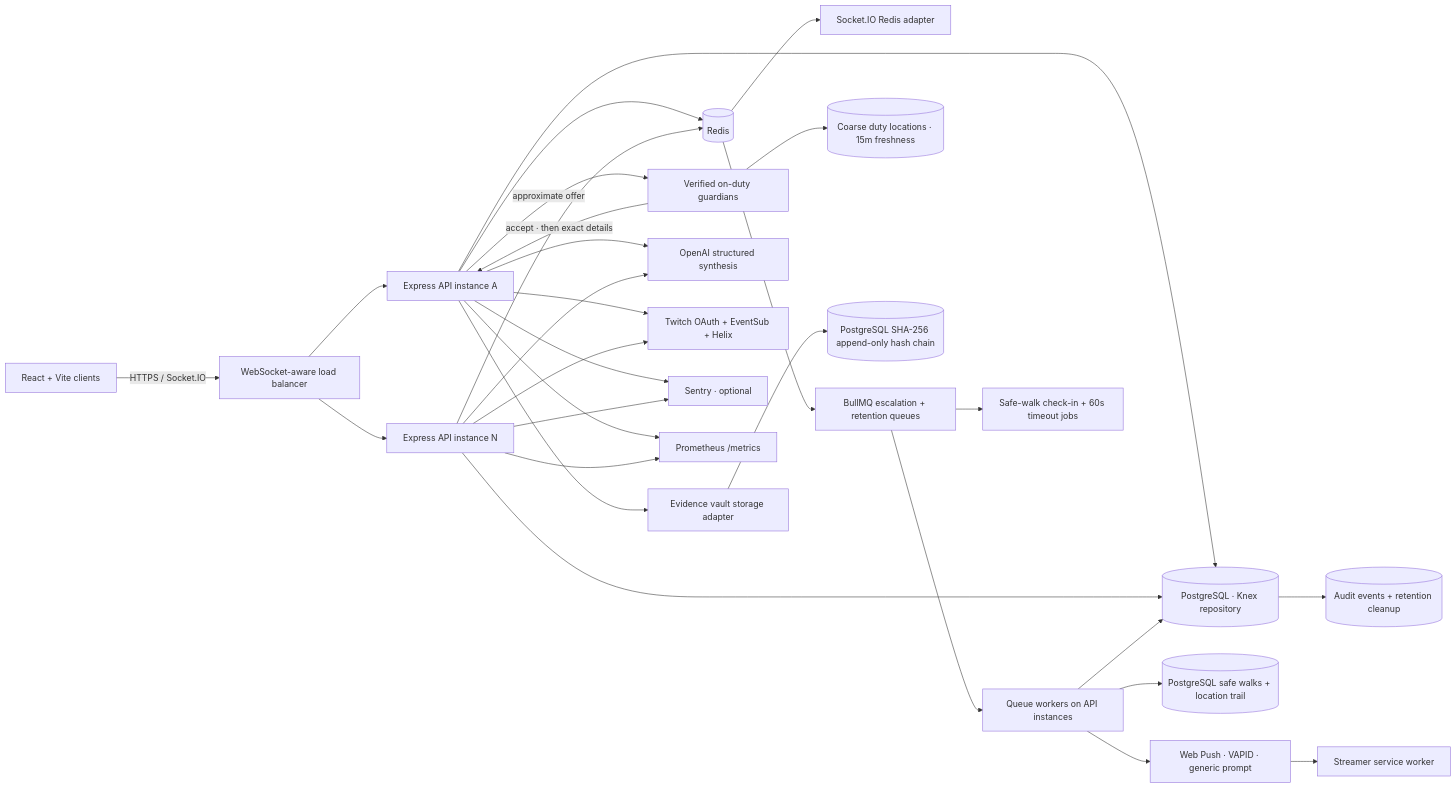
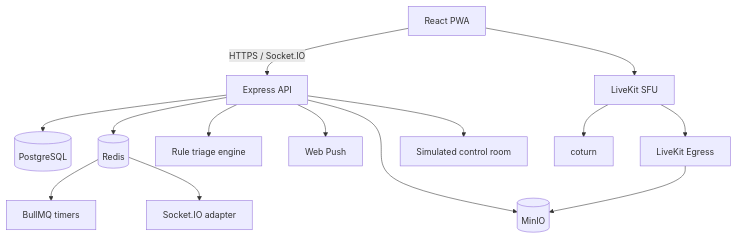
One commit to THISHA-SAMPATH/FULE-Futuristic-Use-of-Live-Entertainment changed the diagram in docs/ARCHITECTURE.md. Above: the diagram before and after it, drawn with Mermaid. The commit also changed other lines of this file and 76 other files, not shown here.

Commit message:
refactor: remove third-party integrations, self-hosted video, own auth, rule-based triage, Postgres/Redis/MinIO stack

````diff
--- a/docs/ARCHITECTURE.md
+++ b/docs/ARCHITECTURE.md
@@ -3,32 +3,16 @@
 ```mermaid
-flowchart LR
-  Browser[React + Vite clients] -->|HTTPS / Socket.IO| LB[WebSocket-aware load balancer]
-  LB --> API1[Express API instance A]
-  LB --> API2[Express API instance N]
-  API1 --> PG[(PostgreSQL · Knex repository)]
-  API2 --> PG
-  API1 --> Redis[(Redis)]
-  API2 --> Redis
-  Redis --> Adapter[Socket.IO Redis adapter]
-  Redis --> Queue[BullMQ escalation + retention queues]
-  Queue --> Workers[Queue workers on API instances]
-  Queue --> WalkJobs[Safe-walk check-in + 60s timeout jobs]
-  Workers --> Walks[(PostgreSQL safe walks + location trail)]
-  Workers --> Push[Web Push · VAPID · generic prompt]
-  Push --> SW[Streamer service worker]
-  Guardians[Verified on-duty guardians] --> Duty[(Coarse duty locations · 15m freshness)]
-  API1 -->|approximate offer| Guardians
-  Guardians -->|accept · then exact details| API1
-  API1 --> Vault[Evidence vault storage adapter]
-  Vault --> Chain[(PostgreSQL SHA-256 append-only hash chain)]
-  Workers --> PG
-  API1 --> OpenAI[OpenAI structured synthesis]
-  API2 --> OpenAI
-  API1 --> Twitch[Twitch OAuth + EventSub + Helix]
-  API2 --> Twitch
-  PG --> Audit[(Audit events + retention cleanup)]
-  API1 --> Sentry[Sentry · optional]
-  API2 --> Sentry
-  API1 --> Metrics[Prometheus /metrics]
-  API2 --> Metrics
+flowchart TB
+  PWA[React PWA] -->|HTTPS / Socket.IO| API[Express API]
+  API --> PG[(PostgreSQL)]
+  API --> Redis[(Redis)]
+  Redis --> Jobs[BullMQ timers]
+  Redis --> Fanout[Socket.IO adapter]
+  API --> Rules[Rule triage engine]
+  API --> WebPush[Web Push]
+  PWA --> SFU[LiveKit SFU]
+  SFU --> TURN[coturn]
+  SFU --> Egress[LiveKit Egress]
+  API --> MinIO[(MinIO)]
+  Egress --> MinIO
+  API --> Dispatch[Simulated control room]
 ```
````
